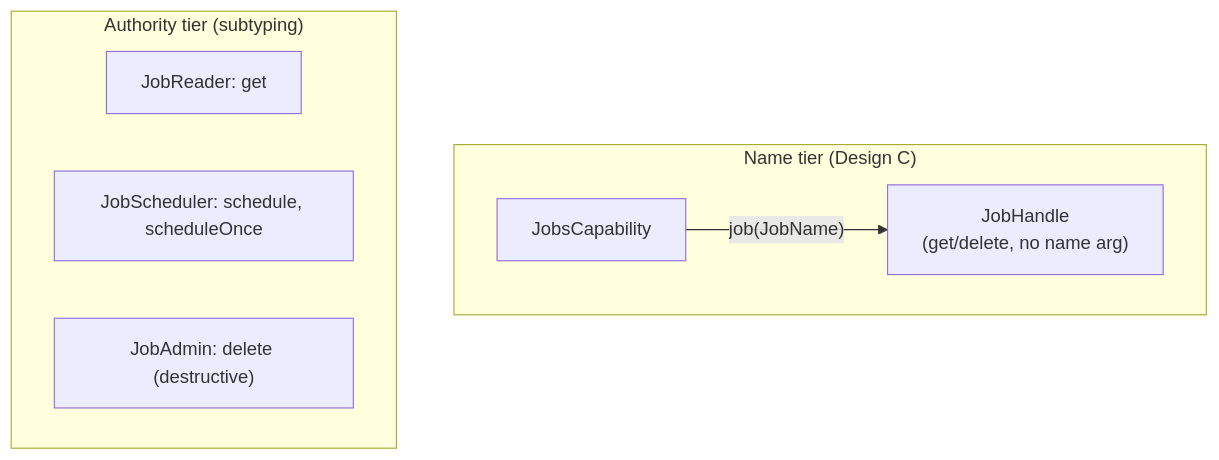
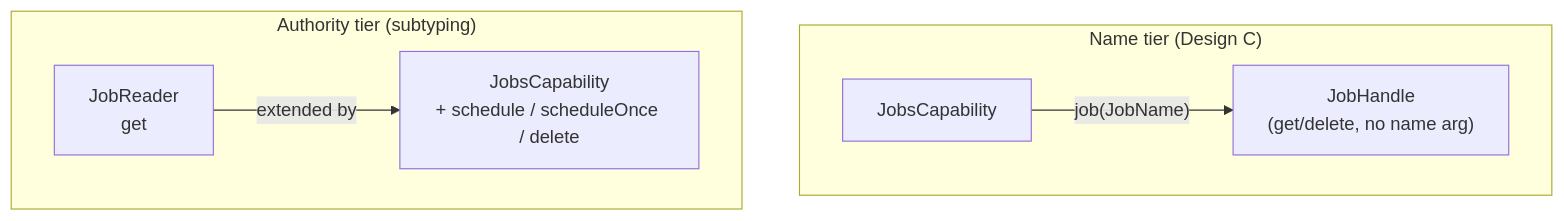
One commit to sideeffffect/dapr4s changed diagram 15 of 36 in docs/CAPABILITY-SPLITS.md. Above: the diagram before and after it, drawn with Mermaid. The commit also changed other lines of this file, not shown here.

````diff
--- a/docs/CAPABILITY-SPLITS.md
+++ b/docs/CAPABILITY-SPLITS.md
@@ -357,11 +366,9 @@
 ```mermaid
 flowchart TB
     subgraph "Name tier (Design C)"
         J["JobsCapability"] -->|"job(JobName)"| JH["JobHandle<br/>(get/delete, no name arg)"]
     end
     subgraph "Authority tier (subtyping)"
-        JR["JobReader: get"]
-        JS["JobScheduler: schedule, scheduleOnce"]
-        JD["JobAdmin: delete (destructive)"]
+        JR["JobReader<br/>get"] -->|"extended by"| JC["JobsCapability<br/>+ schedule / scheduleOnce / delete"]
     end
 ```
````
